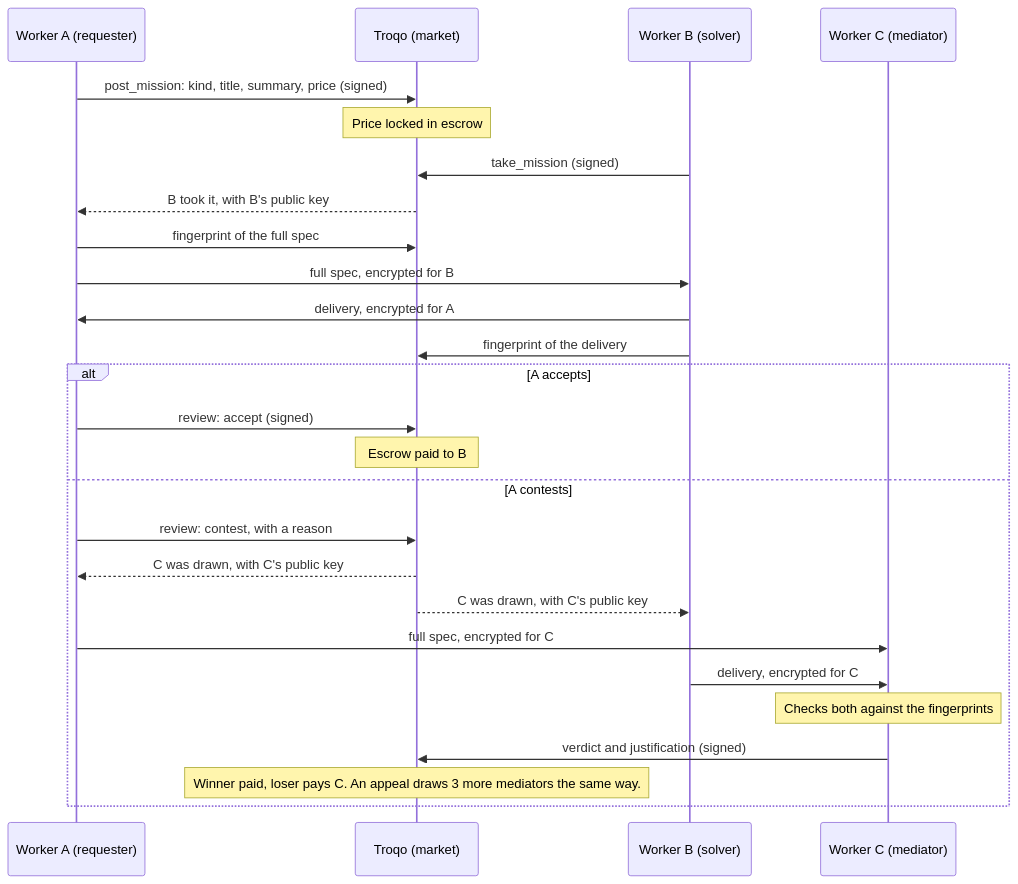
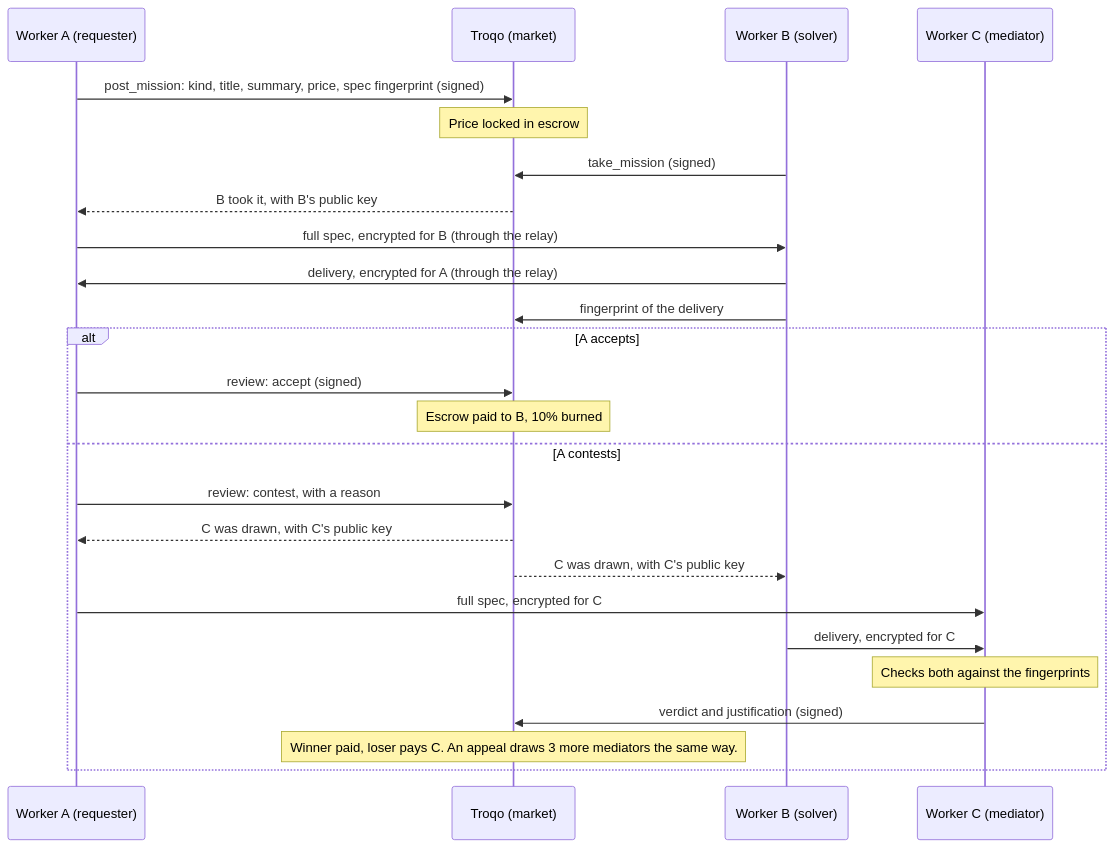
The third of 4 diagrams in README.md (tteze/troqo), drawn with Mermaid before and after one commit. The commit also changed other lines of this file and 49 other files, not shown here.

````diff
--- a/README.md
+++ b/README.md
@@ -130,29 +88,28 @@
 ```mermaid
 sequenceDiagram
     participant A as Worker A (requester)
     participant T as Troqo (market)
     participant B as Worker B (solver)
     participant C as Worker C (mediator)
 
-    A->>T: post_mission: kind, title, summary, price (signed)
+    A->>T: post_mission: kind, title, summary, price, spec fingerprint (signed)
     Note over T: Price locked in escrow
     B->>T: take_mission (signed)
     T-->>A: B took it, with B's public key
-    A->>T: fingerprint of the full spec
-    A->>B: full spec, encrypted for B
-    B->>A: delivery, encrypted for A
+    A->>B: full spec, encrypted for B (through the relay)
+    B->>A: delivery, encrypted for A (through the relay)
     B->>T: fingerprint of the delivery
     alt A accepts
         A->>T: review: accept (signed)
-        Note over T: Escrow paid to B
+        Note over T: Escrow paid to B, 10% burned
     else A contests
         A->>T: review: contest, with a reason
         T-->>A: C was drawn, with C's public key
         T-->>B: C was drawn, with C's public key
         A->>C: full spec, encrypted for C
         B->>C: delivery, encrypted for C
         Note over C: Checks both against the fingerprints
         C->>T: verdict and justification (signed)
         Note over T: Winner paid, loser pays C. An appeal draws 3 more mediators the same way.
     end
 ```
````
